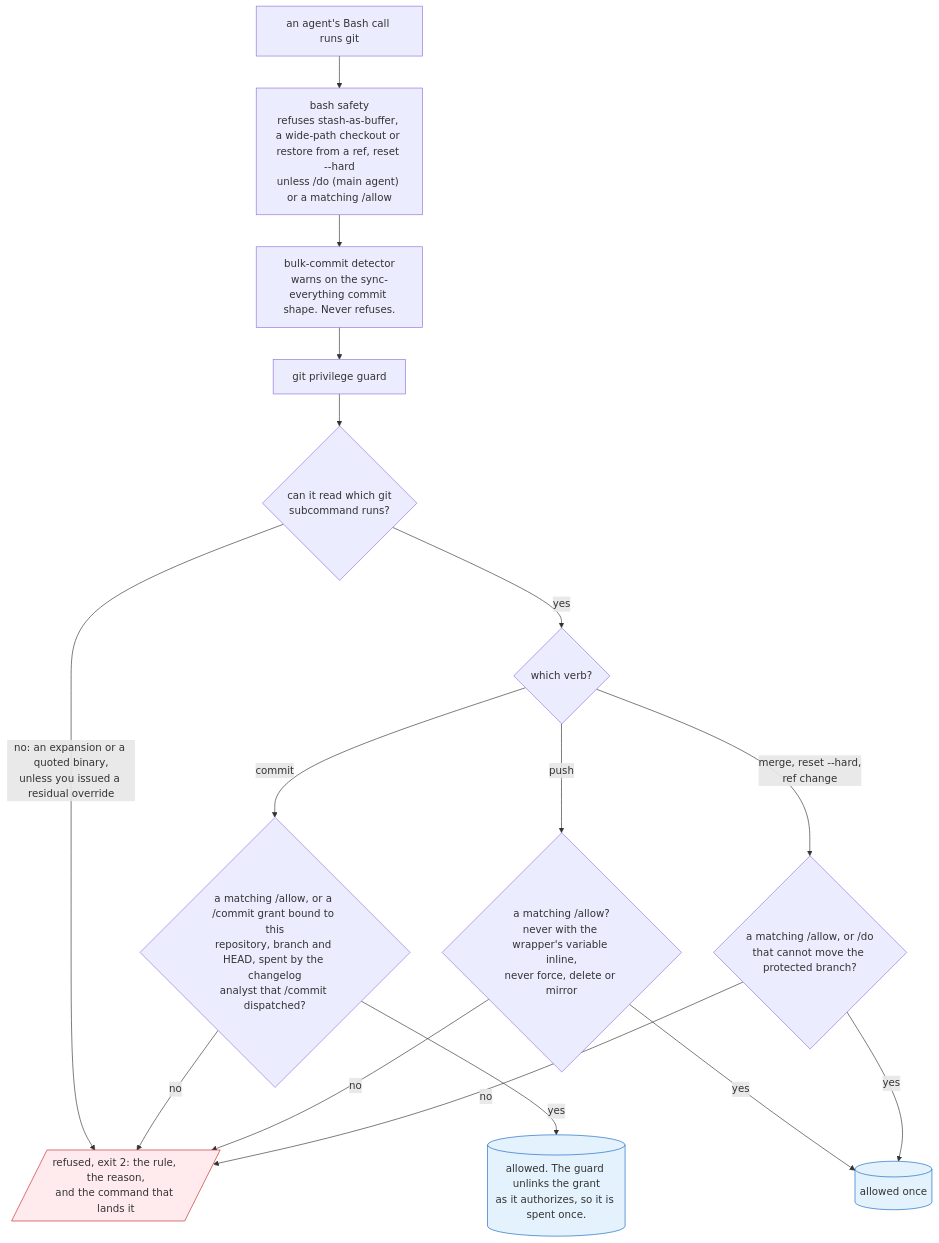
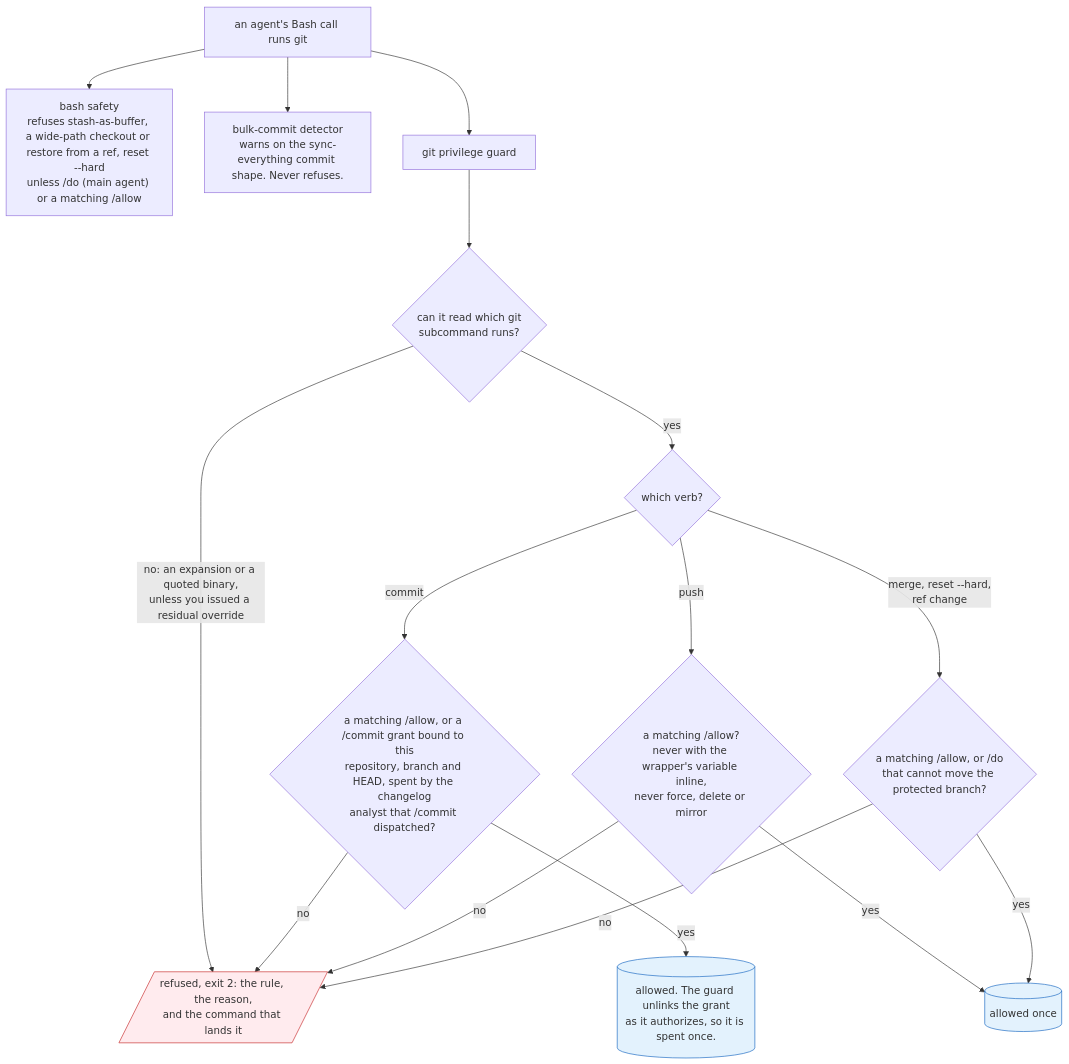
One commit to Yugoge/awesome-claude-harness changed the first of 3 diagrams in README.md. Above: the diagram before and after it, drawn with Mermaid. The commit also changed other lines of this file and 1 other file, not shown here.

````diff
--- a/README.md
+++ b/README.md
@@ -61,21 +59,21 @@
 ```mermaid
 flowchart TD
     B["an agent's Bash call runs git"] --> S["bash safety<br/>refuses stash-as-buffer, a wide-path checkout or restore from a ref, reset --hard<br/>unless /do (main agent) or a matching /allow"]
-    S --> W["bulk-commit detector<br/>warns on the sync-everything commit shape. Never refuses."]
-    W --> G["git privilege guard"]
+    B --> W["bulk-commit detector<br/>warns on the sync-everything commit shape. Never refuses."]
+    B --> G["git privilege guard"]
     G --> L{"can it read which git<br/>subcommand runs?"}
     L -->|"no: an expansion or a quoted binary,<br/>unless you issued a residual override"| NO
     L -->|yes| V{which verb?}
     V -->|commit| C{"a matching /allow, or a /commit grant bound to this<br/>repository, branch and HEAD, spent by the changelog<br/>analyst that /commit dispatched?"}
     V -->|push| P{"a matching /allow?<br/>never with the wrapper's variable inline,<br/>never force, delete or mirror"}
     V -->|"merge, reset --hard,<br/>ref change"| R{"a matching /allow, or /do<br/>that cannot move the protected branch?"}
     C -->|yes| OK[("allowed. The guard unlinks the grant<br/>as it authorizes, so it is spent once.")]
     P -->|yes| OK2[("allowed once")]
     R -->|yes| OK2
     C & P & R -->|no| NO[/"refused, exit 2: the rule, the reason,<br/>and the command that lands it"/]
 
     classDef block fill:#ffebee,stroke:#c62828
     classDef ok fill:#e3f2fd,stroke:#1565c0
     class NO block
     class OK,OK2 ok
 ```
````
